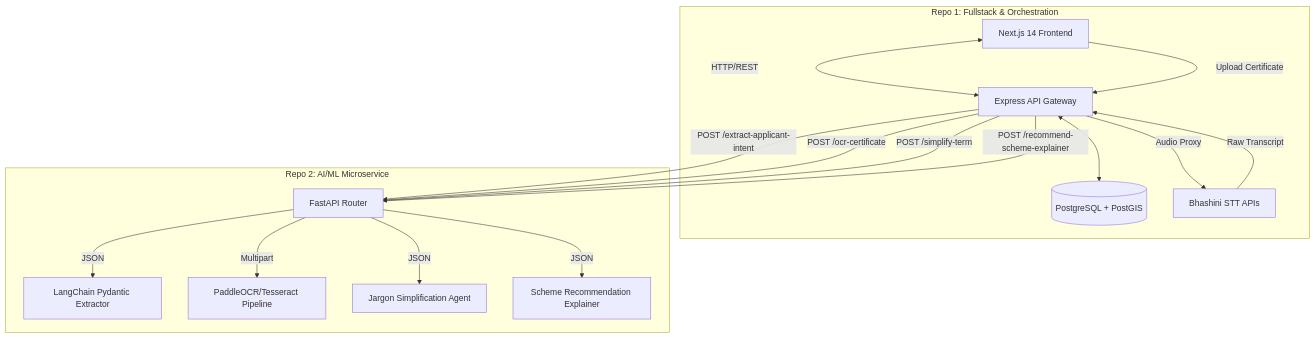
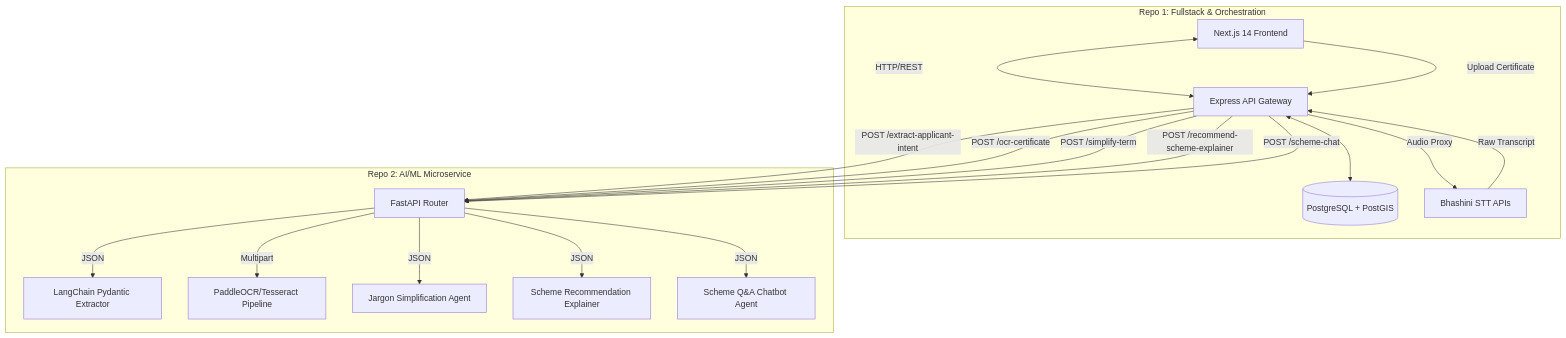
The diagram in AI_ML_SPECIFICATION.md (aviraltrip/SIH-26-AI-ML), drawn with Mermaid before and after one commit. The commit also changed other lines of this file and 3 other files, not shown here.

````diff
--- a/AI_ML_SPECIFICATION.md
+++ b/AI_ML_SPECIFICATION.md
@@ -14,26 +14,28 @@
 ```mermaid
 graph TD
     %% Repo 1 Context
     subgraph Repo1 [Repo 1: Fullstack & Orchestration]
         A[Next.js 14 Frontend] <-->|HTTP/REST| B[Express API Gateway]
         B <--> C[(PostgreSQL + PostGIS)]
         B -->|Audio Proxy| STT[Bhashini STT APIs]
     end
 
     %% Repo 2 Context
     subgraph Repo2 [Repo 2: AI/ML Microservice]
         F[FastAPI Router]
         F -->|JSON| PE[LangChain Pydantic Extractor]
         F -->|Multipart| OCR[PaddleOCR/Tesseract Pipeline]
         F -->|JSON| JS[Jargon Simplification Agent]
         F -->|JSON| SE[Scheme Recommendation Explainer]
+        F -->|JSON| QA[Scheme Q&A Chatbot Agent]
     end
 
     %% Interactions
     STT -->|Raw Transcript| B
     B -->|POST /extract-applicant-intent| F
     A -->|Upload Certificate| B
     B -->|POST /ocr-certificate| F
     B -->|POST /simplify-term| F
     B -->|POST /recommend-scheme-explainer| F
+    B -->|POST /scheme-chat| F
 ```
````
